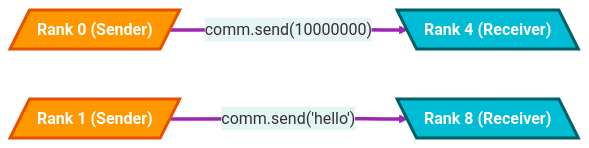
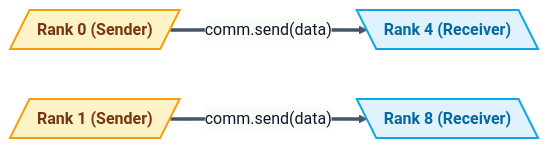
Before and after one commit to RameenAnwar/PDC-SP26-SE: the second of 8 diagrams in SyedMuhammadHuzaifaAshrafi-(23FA-035-SE)/Chapter04/README.md, drawn with Mermaid. The commit also changed other lines of this file and 5 other files, not shown here.

````diff
--- a/SyedMuhammadHuzaifaAshrafi-(23FA-035-SE)/Chapter04/README.md
+++ b/SyedMuhammadHuzaifaAshrafi-(23FA-035-SE)/Chapter04/README.md
@@ -71,18 +59,18 @@
 ```mermaid
-%%{init: {'theme': 'base', 'themeVariables': { 'lineColor': '#9C27B0', 'primaryColor': '#F3E5F5' }}}%%
+%%{init: {'theme': 'base', 'themeVariables': { 'lineColor': '#475569', 'primaryColor': '#f8fafc', 'primaryTextColor': '#0f172a', 'primaryBorderColor': '#cbd5e1' }}}%%
 flowchart LR
-    %% Pro Max P2P Comm
-    classDef sender fill:#FF9800,stroke:#E65100,stroke-width:3px,color:#FFFFFF,font-weight:bold,rx:10,ry:10
-    classDef receiver fill:#00BCD4,stroke:#006064,stroke-width:3px,color:#FFFFFF,font-weight:bold
+    %% Premium P2P Comm
+    classDef sender fill:#fef3c7,stroke:#f59e0b,stroke-width:2px,color:#78350f,font-weight:bold
+    classDef receiver fill:#e0f2fe,stroke:#0ea5e9,stroke-width:2px,color:#0369a1,font-weight:bold
     
     P0[/"Rank 0 (Sender)"/]
     P4[\"Rank 4 (Receiver)"\]
     P1[/"Rank 1 (Sender)"/]
     P8[\"Rank 8 (Receiver)"\]
 
-    P0 == "comm.send(10000000)" ==> P4
-    P1 == "comm.send('hello')" ==> P8
+    P0 == "comm.send(data)" ==> P4
+    P1 == "comm.send(data)" ==> P8
 
     class P0,P1 sender
     class P4,P8 receiver
 ```
````
